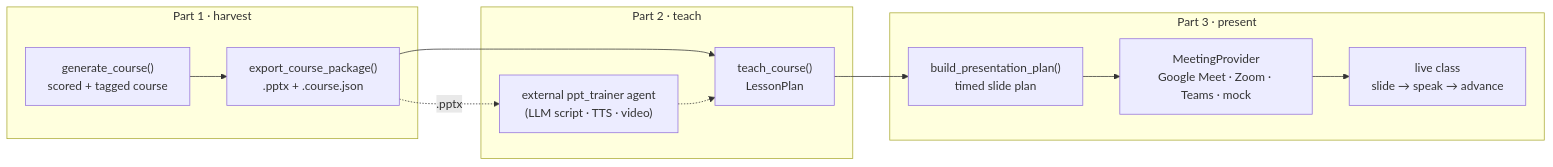
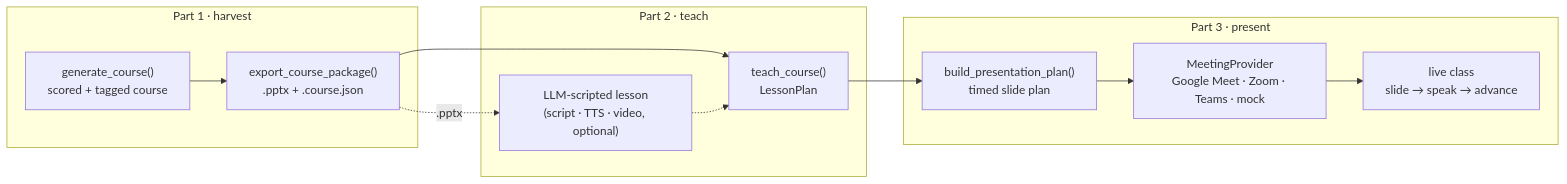
The sixth of 6 diagrams in README.md (Channarith/getschoolled), drawn with Mermaid before and after one commit. The commit also changed other lines of this file and 22 other files, not shown here.

````diff
--- a/README.md
+++ b/README.md
@@ -428,19 +430,19 @@
 ```mermaid
 flowchart LR
   subgraph P1["Part 1 · harvest"]
     GEN["generate_course()<br/>scored + tagged course"]
     EXP["export_course_package()<br/>.pptx + .course.json"]
   end
   subgraph P2["Part 2 · teach"]
     TEACH["teach_course()<br/>LessonPlan"]
-    PPT["external ppt_trainer agent<br/>(LLM script · TTS · video)"]
+    PPT["LLM-scripted lesson<br/>(script · TTS · video, optional)"]
   end
   subgraph P3["Part 3 · present"]
     PLAN["build_presentation_plan()<br/>timed slide plan"]
     PROV["MeetingProvider<br/>Google Meet · Zoom · Teams · mock"]
     LIVE["live class<br/>slide → speak → advance"]
   end
   GEN --> EXP --> TEACH
   EXP -. ".pptx" .-> PPT -.-> TEACH
   TEACH --> PLAN --> PROV --> LIVE
 ```
````
